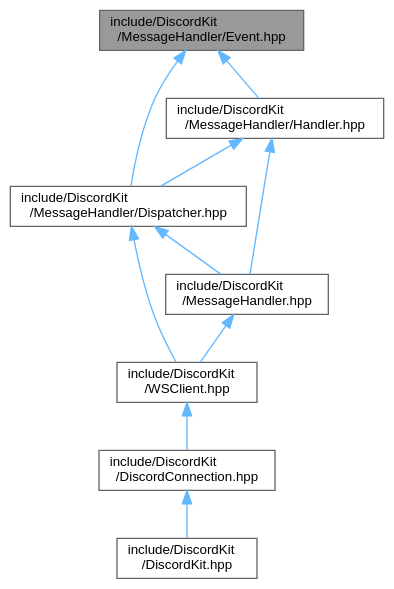
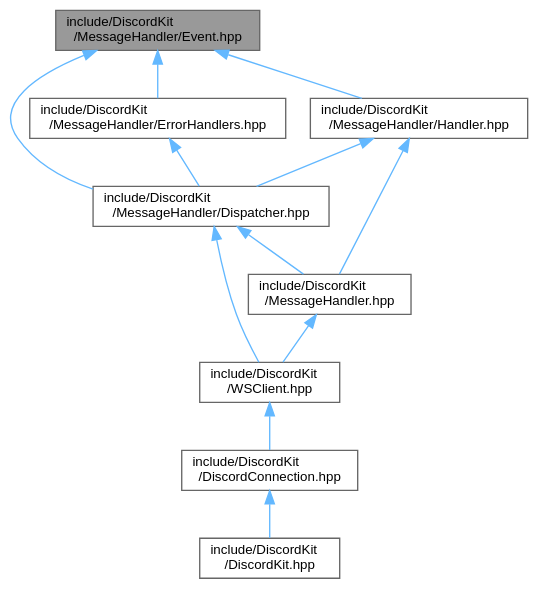
Before and after one commit to nikooozzz/DiscordKit: the diagram in d5/d7c/Event_8hpp__dep__incl.dot, drawn with Graphviz. The commit also changed 198 other files, not shown here.

Commit message:
Deploying to gh-pages from @ nikooozzz/DiscordKit@cfc273f1e1e5936f612e0feb3cd213875df90022 🚀

```diff
--- a/d5/d7c/Event_8hpp__dep__incl.dot
+++ b/d5/d7c/Event_8hpp__dep__incl.dot
@@ -1,23 +1,26 @@
 digraph "include/DiscordKit/MessageHandler/Event.hpp"
 {
  // LATEX_PDF_SIZE
   bgcolor="transparent";
   edge [fontname=Helvetica,fontsize=10,labelfontname=Helvetica,labelfontsize=10];
   node [fontname=Helvetica,fontsize=10,shape=box,height=0.2,width=0.4];
   Node1 [id="Node000001",label="include/DiscordKit\l/MessageHandler/Event.hpp",height=0.2,width=0.4,color="gray40", fillcolor="grey60", style="filled", fontcolor="black",tooltip=" "];
   Node1 -> Node2 [id="edge1_Node000001_Node000002",dir="back",color="steelblue1",style="solid",tooltip=" "];
   Node2 [id="Node000002",label="include/DiscordKit\l/MessageHandler/Dispatcher.hpp",height=0.2,width=0.4,color="grey40", fillcolor="white", style="filled",URL="$d6/db9/Dispatcher_8hpp.html",tooltip=" "];
   Node2 -> Node3 [id="edge2_Node000002_Node000003",dir="back",color="steelblue1",style="solid",tooltip=" "];
   Node3 [id="Node000003",label="include/DiscordKit\l/MessageHandler.hpp",height=0.2,width=0.4,color="grey40", fillcolor="white", style="filled",URL="$d8/d08/MessageHandler_8hpp.html",tooltip=" "];
   Node3 -> Node4 [id="edge3_Node000003_Node000004",dir="back",color="steelblue1",style="solid",tooltip=" "];
   Node4 [id="Node000004",label="include/DiscordKit\l/WSClient.hpp",height=0.2,width=0.4,color="grey40", fillcolor="white", style="filled",URL="$de/d0f/WSClient_8hpp.html",tooltip=" "];
   Node4 -> Node5 [id="edge4_Node000004_Node000005",dir="back",color="steelblue1",style="solid",tooltip=" "];
   Node5 [id="Node000005",label="include/DiscordKit\l/DiscordConnection.hpp",height=0.2,width=0.4,color="grey40", fillcolor="white", style="filled",URL="$da/d52/DiscordConnection_8hpp.html",tooltip=" "];
   Node5 -> Node6 [id="edge5_Node000005_Node000006",dir="back",color="steelblue1",style="solid",tooltip=" "];
   Node6 [id="Node000006",label="include/DiscordKit\l/DiscordKit.hpp",height=0.2,width=0.4,color="grey40", fillcolor="white", style="filled",URL="$df/dec/DiscordKit_8hpp.html",tooltip=" "];
   Node2 -> Node4 [id="edge6_Node000002_Node000004",dir="back",color="steelblue1",style="solid",tooltip=" "];
   Node1 -> Node7 [id="edge7_Node000001_Node000007",dir="back",color="steelblue1",style="solid",tooltip=" "];
-  Node7 [id="Node000007",label="include/DiscordKit\l/MessageHandler/Handler.hpp",height=0.2,width=0.4,color="grey40", fillcolor="white", style="filled",URL="$da/ddd/Handler_8hpp.html",tooltip=" "];
-  Node7 -> Node3 [id="edge8_Node000007_Node000003",dir="back",color="steelblue1",style="solid",tooltip=" "];
-  Node7 -> Node2 [id="edge9_Node000007_Node000002",dir="back",color="steelblue1",style="solid",tooltip=" "];
+  Node7 [id="Node000007",label="include/DiscordKit\l/MessageHandler/ErrorHandlers.hpp",height=0.2,width=0.4,color="grey40", fillcolor="white", style="filled",URL="$d5/de2/ErrorHandlers_8hpp.html",tooltip=" "];
+  Node7 -> Node2 [id="edge8_Node000007_Node000002",dir="back",color="steelblue1",style="solid",tooltip=" "];
+  Node1 -> Node8 [id="edge9_Node000001_Node000008",dir="back",color="steelblue1",style="solid",tooltip=" "];
+  Node8 [id="Node000008",label="include/DiscordKit\l/MessageHandler/Handler.hpp",height=0.2,width=0.4,color="grey40", fillcolor="white", style="filled",URL="$da/ddd/Handler_8hpp.html",tooltip=" "];
+  Node8 -> Node3 [id="edge10_Node000008_Node000003",dir="back",color="steelblue1",style="solid",tooltip=" "];
+  Node8 -> Node2 [id="edge11_Node000008_Node000002",dir="back",color="steelblue1",style="solid",tooltip=" "];
 }
```
